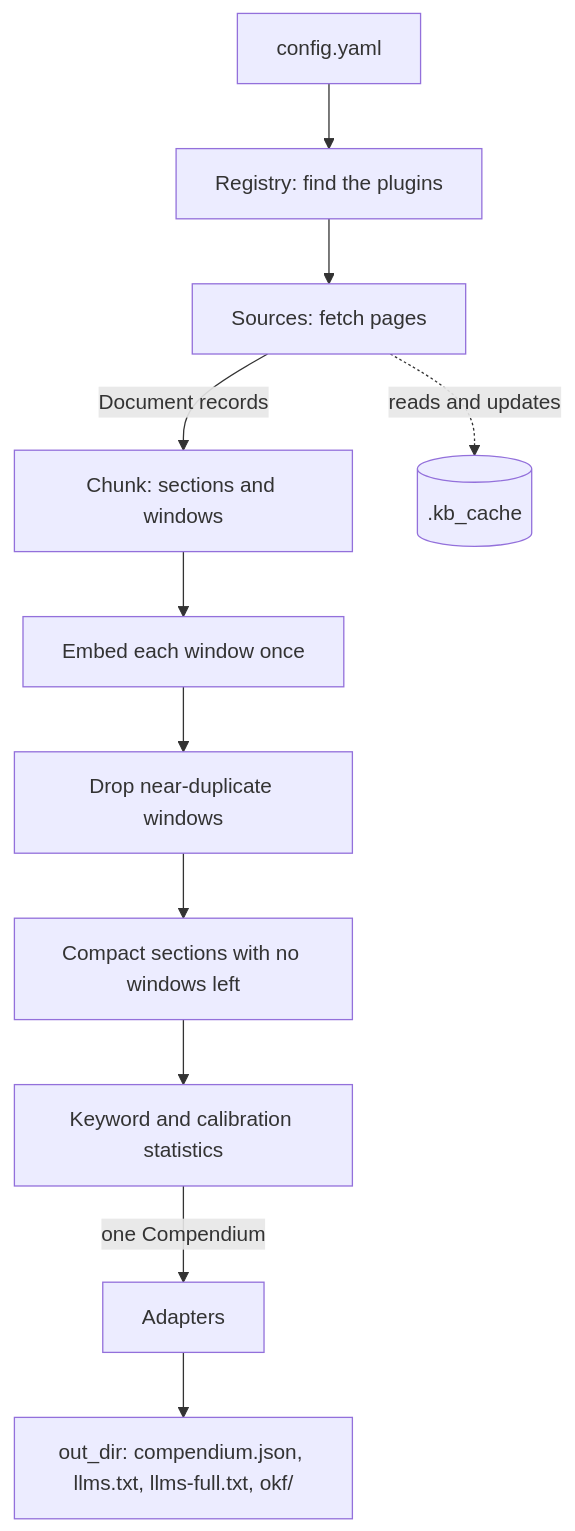
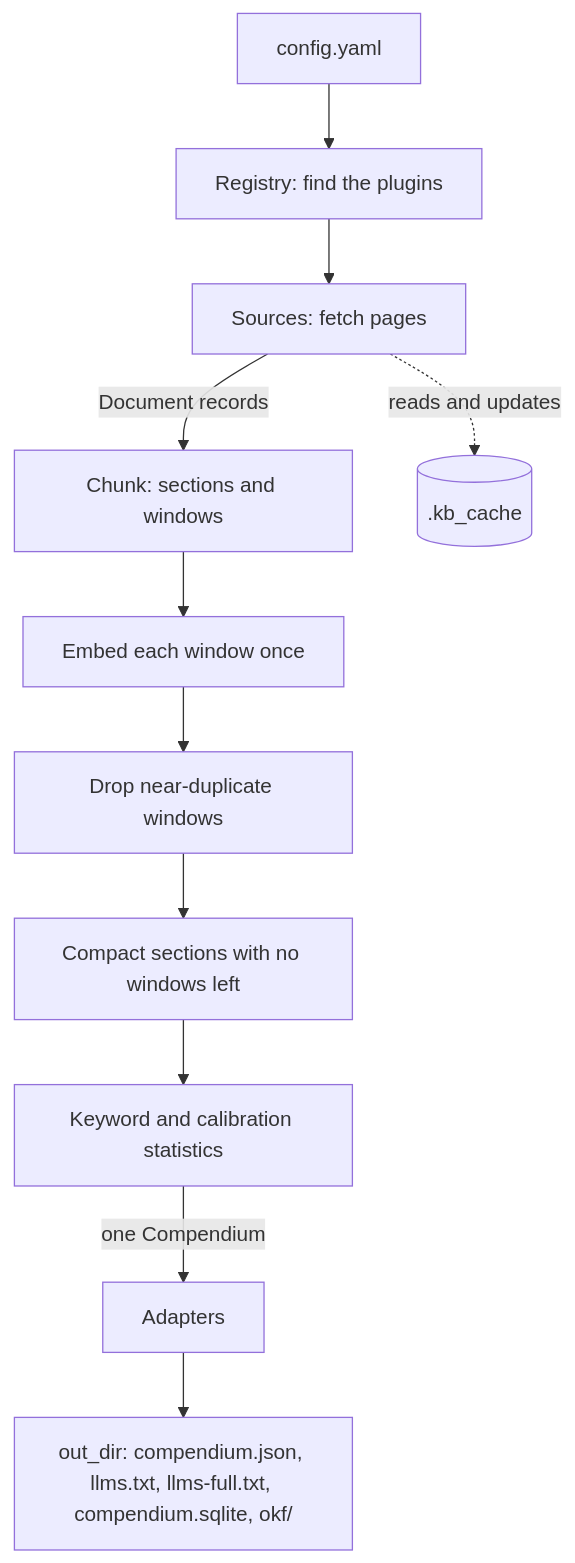
The diagram in docs/data-flow.md (DepressionCenter/extractium), drawn with Mermaid before and after one commit. The commit also changed other lines of this file and 19 other files, not shown here.

````diff
--- a/docs/data-flow.md
+++ b/docs/data-flow.md
@@ -41,13 +41,13 @@
 ```mermaid
 flowchart TD
     A[config.yaml] --> B[Registry: find the plugins]
     B --> C[Sources: fetch pages]
     C -->|Document records| D[Chunk: sections and windows]
     D --> E[Embed each window once]
     E --> F[Drop near-duplicate windows]
     F --> G[Compact sections with no windows left]
     G --> H[Keyword and calibration statistics]
     H -->|one Compendium| I[Adapters]
-    I --> J[out_dir: compendium.json, llms.txt, llms-full.txt, okf/]
+    I --> J[out_dir: compendium.json, llms.txt, llms-full.txt, compendium.sqlite, okf/]
     C -.reads and updates.-> K[(.kb_cache)]
 ```
````
